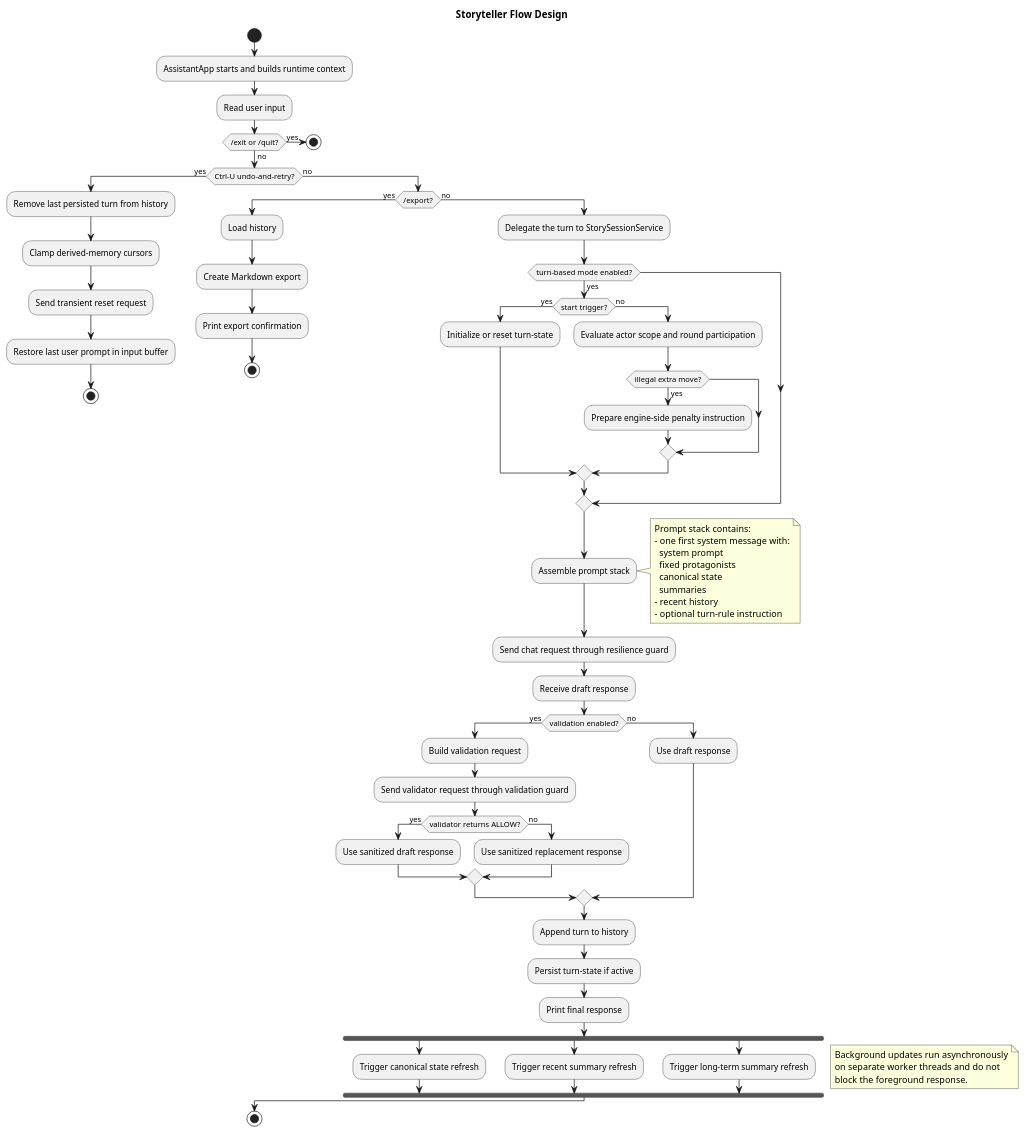
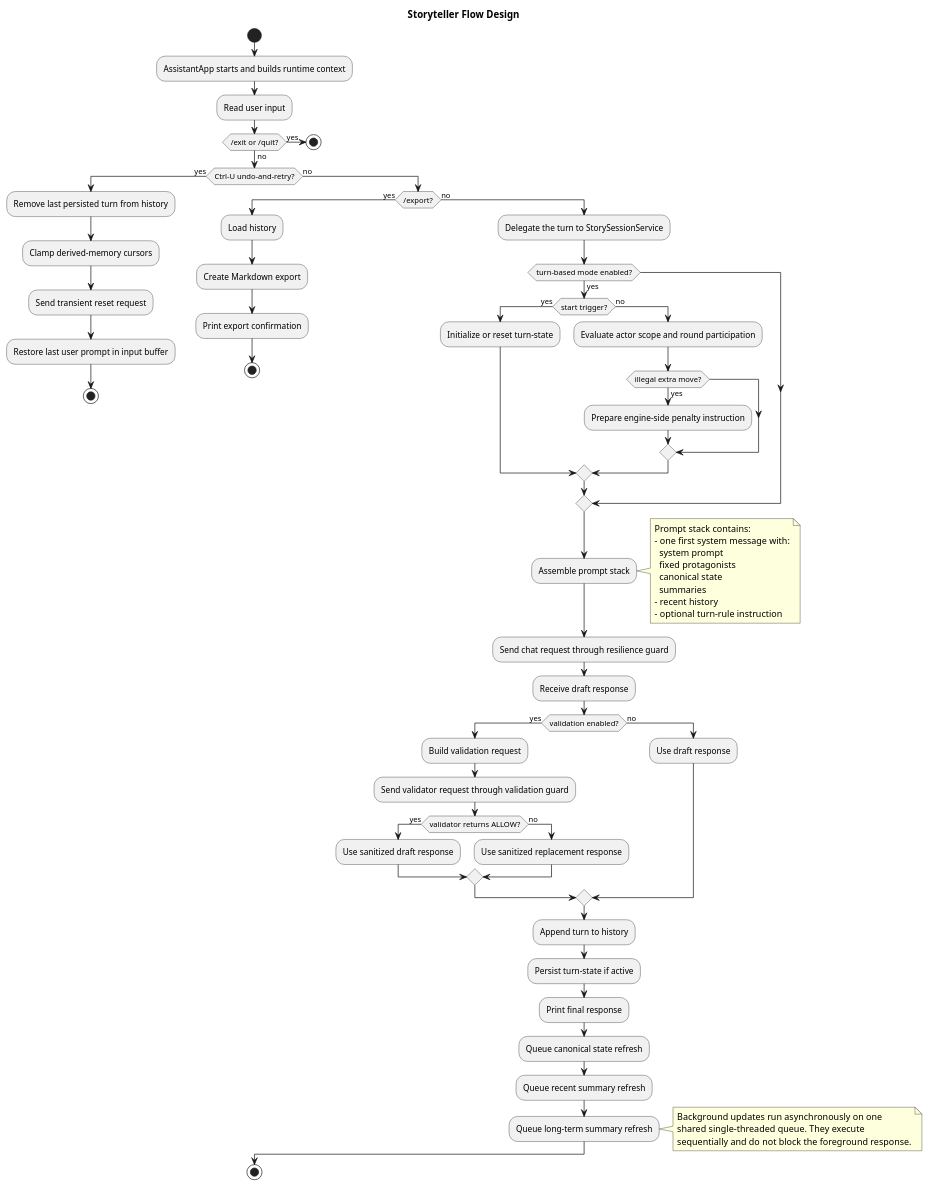
The diagram in docs/architecture/02-storyteller-flow-design.puml (jbrugman/Assistant), drawn with PlantUML before and after one commit. The commit also changed 2 other files, not shown here.

Commit message:
Document derived-memory limits and sequential queue

```diff
--- a/docs/architecture/02-storyteller-flow-design.puml
+++ b/docs/architecture/02-storyteller-flow-design.puml
@@ -1,92 +1,88 @@
 @startuml
 title Storyteller Flow Design
 
 start
 
 :AssistantApp starts and builds runtime context;
 :Read user input;
 
 if (/exit or /quit?) then (yes)
   stop
 else (no)
 
   if (Ctrl-U undo-and-retry?) then (yes)
     :Remove last persisted turn from history;
     :Clamp derived-memory cursors;
     :Send transient reset request;
     :Restore last user prompt in input buffer;
     stop
   else (no)
 
     if (/export?) then (yes)
       :Load history;
       :Create Markdown export;
       :Print export confirmation;
       stop
     else (no)
 
       :Delegate the turn to StorySessionService;
 
       if (turn-based mode enabled?) then (yes)
         if (start trigger?) then (yes)
           :Initialize or reset turn-state;
         else (no)
           :Evaluate actor scope and round participation;
           if (illegal extra move?) then (yes)
             :Prepare engine-side penalty instruction;
           endif
         endif
       endif
 
       :Assemble prompt stack;
       note right
       Prompt stack contains:
       - one first system message with:
         system prompt
         fixed protagonists
         canonical state
         summaries
       - recent history
       - optional turn-rule instruction
       end note
 
       :Send chat request through resilience guard;
       :Receive draft response;
 
       if (validation enabled?) then (yes)
         :Build validation request;
         :Send validator request through validation guard;
 
         if (validator returns ALLOW?) then (yes)
           :Use sanitized draft response;
         else (no)
           :Use sanitized replacement response;
         endif
       else (no)
         :Use draft response;
       endif
 
       :Append turn to history;
       :Persist turn-state if active;
       :Print final response;
 
-      fork
-        :Trigger canonical state refresh;
-      fork again
-        :Trigger recent summary refresh;
-      fork again
-        :Trigger long-term summary refresh;
-      end fork
+      :Queue canonical state refresh;
+      :Queue recent summary refresh;
+      :Queue long-term summary refresh;
 
       note right
-      Background updates run asynchronously
-      on separate worker threads and do not
-      block the foreground response.
+      Background updates run asynchronously on one
+      shared single-threaded queue. They execute
+      sequentially and do not block the foreground response.
       end note
 
     endif
   endif
 endif
 
 stop
 @enduml
```
